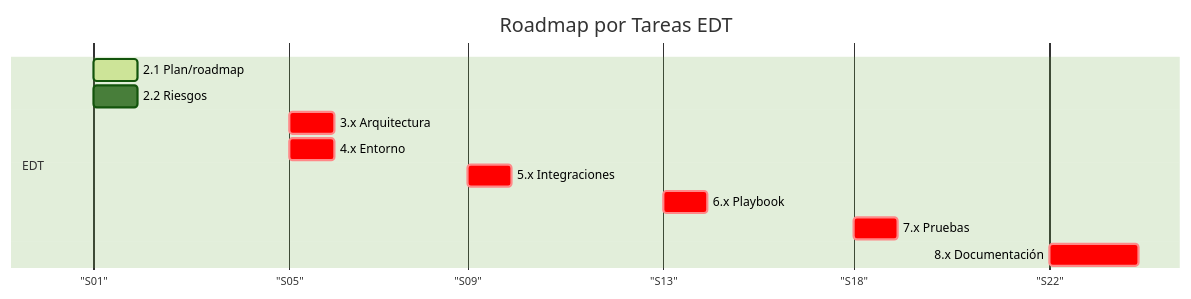
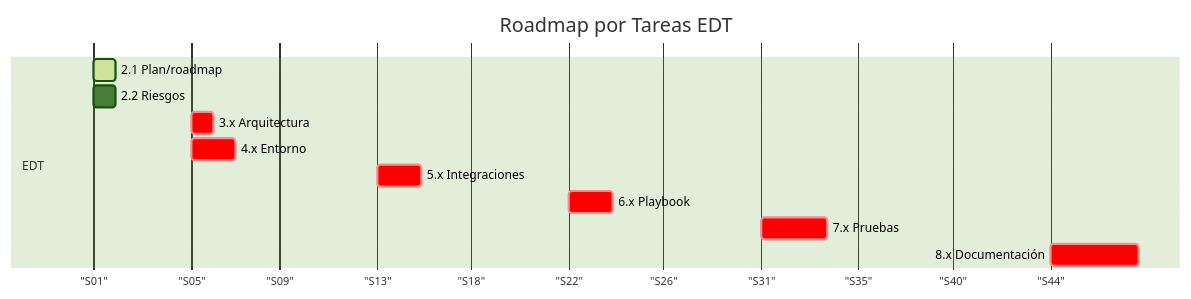
The second of 2 diagrams in docs/project/plan.md (alesanfe/soar-ransomware-lab), drawn with Mermaid (forest theme) before and after one commit. The commit also changed other lines of this file and 515 other files, not shown here.

````diff
--- a/docs/project/plan.md
+++ b/docs/project/plan.md
@@ -47,15 +156,15 @@
 ```mermaid
 gantt
 title Roadmap por Tareas EDT
 dateFormat WW
 axisFormat "S%V"
 section EDT
 2.1 Plan/roadmap :active, t1, 01, 1w
 2.2 Riesgos :t2, 01, 1w
 3.x Arquitectura :crit, t3, 02, 1w
-4.x Entorno :crit, t4, 02, 1w
-5.x Integraciones :crit, t5, 03, 1w
-6.x Playbook :crit, t6, 04, 1w
-7.x Pruebas :crit, t7, 05, 1w
-8.x Documentación :crit, t8, 06, 2w
+4.x Entorno :crit, t4, 02, 2w
+5.x Integraciones :crit, t5, 04, 2w
+6.x Playbook :crit, t6, 06, 2w
+7.x Pruebas :crit, t7, 08, 3w
+8.x Documentación :crit, t8, 11, 4w
 ```
````
